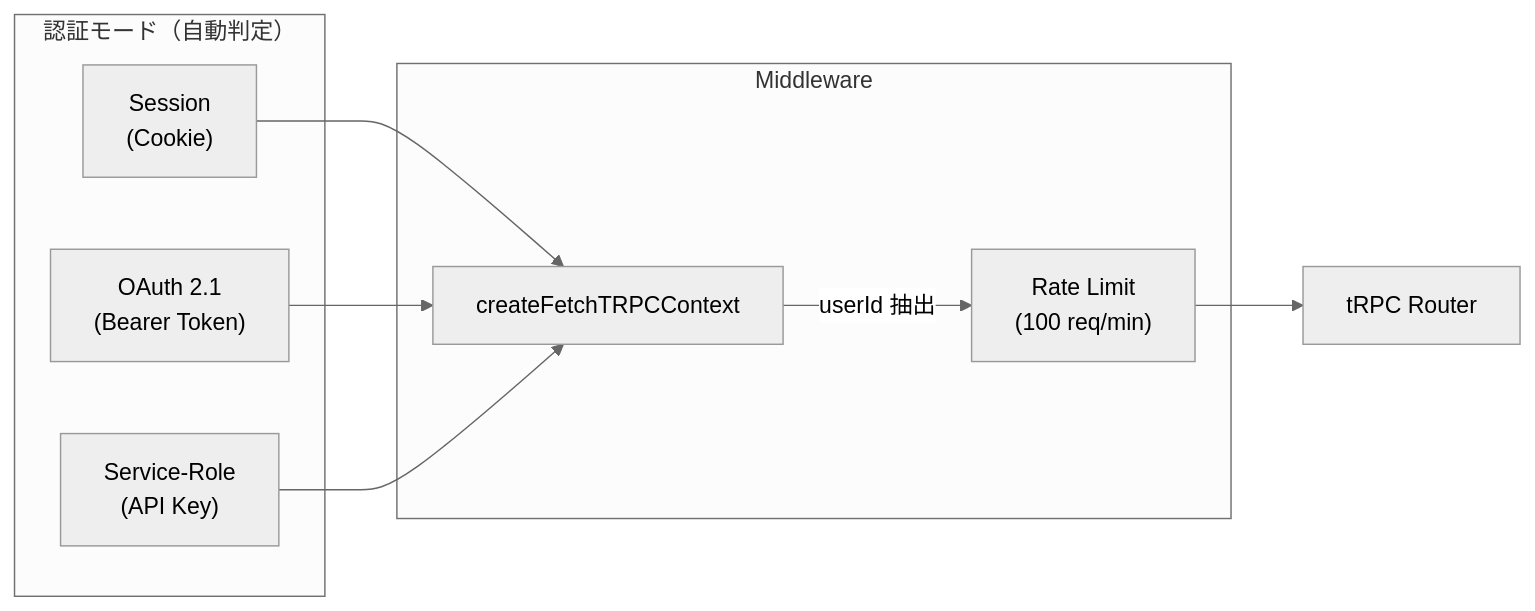
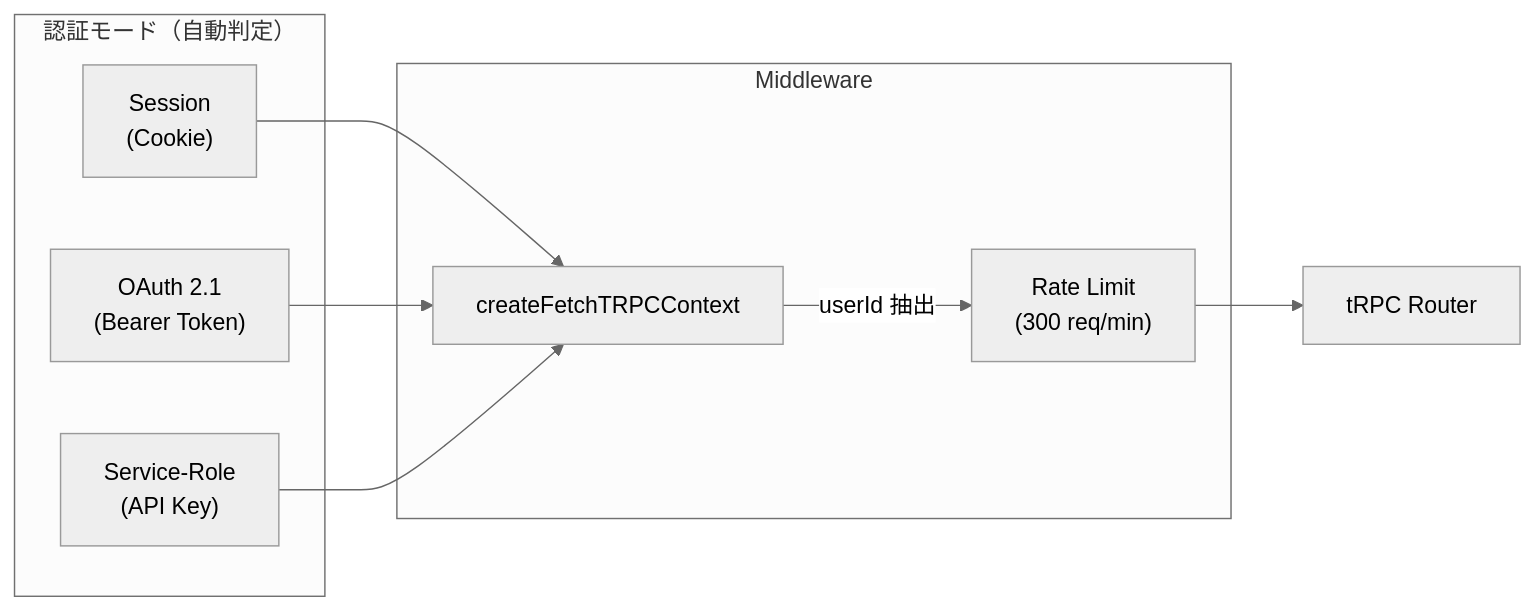
One commit to Dayopt/dayopt changed the second of 6 diagrams in docs/engineering/architecture.md. Above: the diagram before and after it, drawn with Mermaid (neutral theme). The commit also changed 8 other files, not shown here.

First line of the commit message:
fix(trpc): ユーザー単位 rate limit を 100 → 300/min へ上げる

````diff
--- a/docs/engineering/architecture.md
+++ b/docs/engineering/architecture.md
@@ -103,19 +103,19 @@
 ```mermaid
 graph LR
 subgraph AuthModes["認証モード（自動判定）"]
 S["Session<br/>(Cookie)"]
 O["OAuth 2.1<br/>(Bearer Token)"]
 SR["Service-Role<br/>(API Key)"]
 end
 
     subgraph Middleware
         CTX["createFetchTRPCContext"]
-        RL["Rate Limit<br/>(100 req/min)"]
+        RL["Rate Limit<br/>(300 req/min)"]
     end
 
     S --> CTX
     O --> CTX
     SR --> CTX
     CTX -->|"userId 抽出"| RL
     RL --> Router["tRPC Router"]
 ```
````
